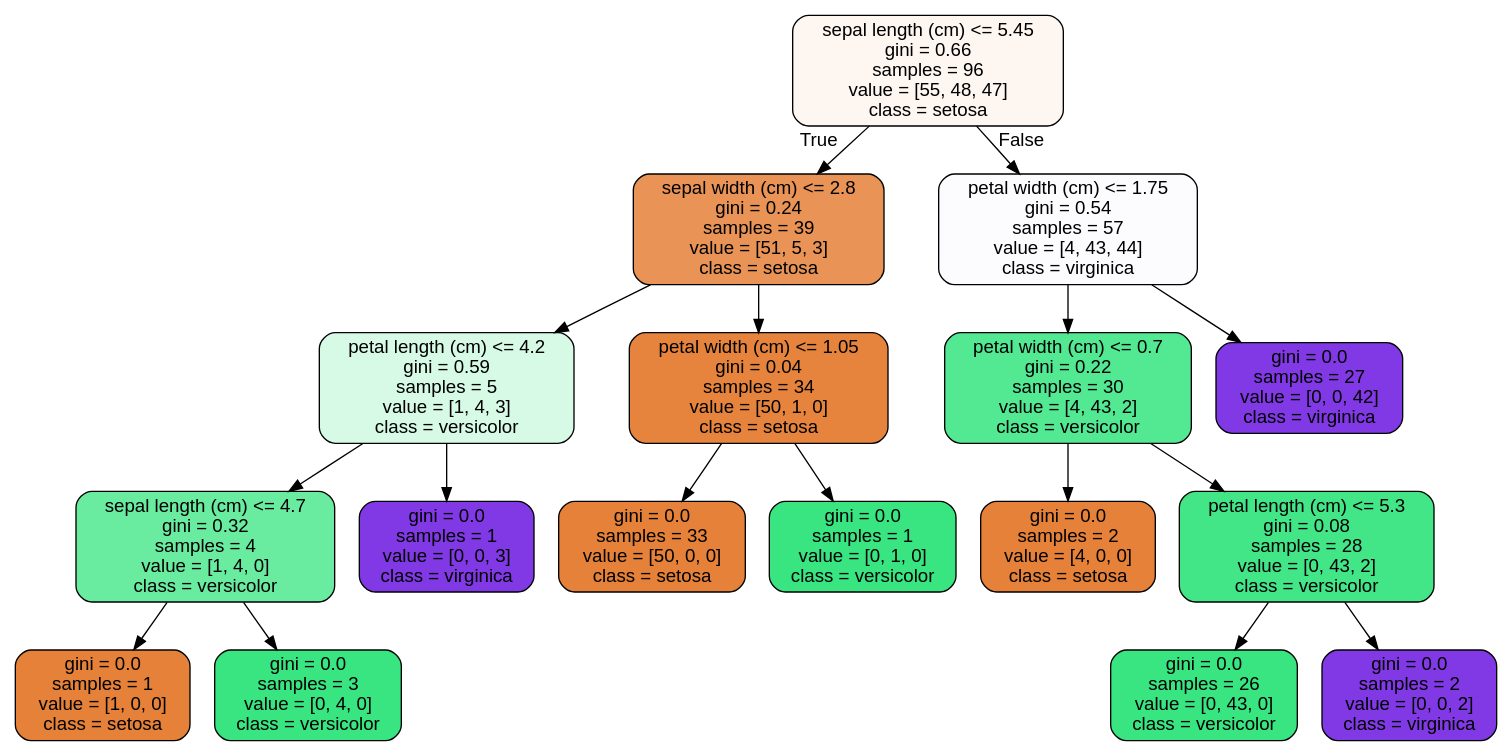
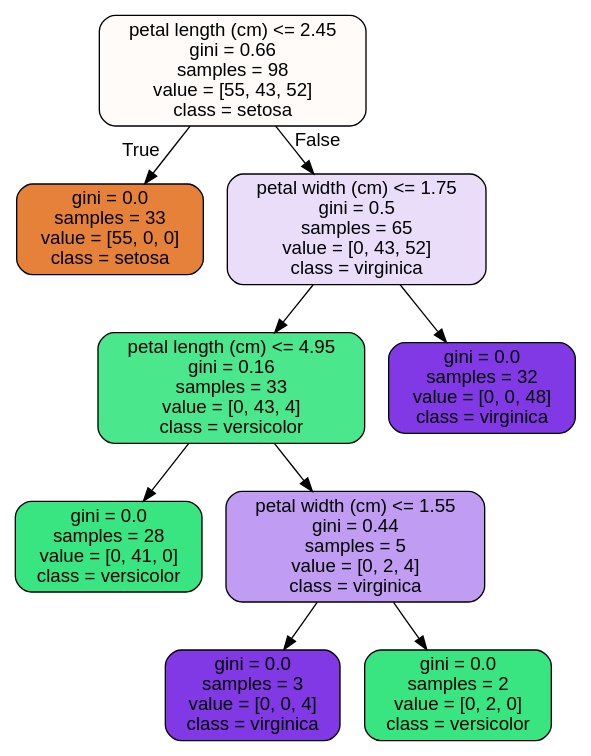
Before and after one commit to clahonta/SB_other_assignments: the diagram in Covid/RandomForest Covid Case Study_06302020/tree.dot, drawn with Graphviz. The commit also changed 22 other files, not shown here.

```diff
--- a/Covid/RandomForest Covid Case Study_06302020/tree.dot
+++ b/Covid/RandomForest Covid Case Study_06302020/tree.dot
@@ -1,37 +1,21 @@
 digraph Tree {
 node [shape=box, style="filled, rounded", color="black", fontname=helvetica] ;
 edge [fontname=helvetica] ;
-0 [label="sepal length (cm) <= 5.45\ngini = 0.66\nsamples = 96\nvalue = [55, 48, 47]\nclass = setosa", fillcolor="#fdf6f1"] ;
-1 [label="sepal width (cm) <= 2.8\ngini = 0.24\nsamples = 39\nvalue = [51, 5, 3]\nclass = setosa", fillcolor="#e99456"] ;
+0 [label="petal length (cm) <= 2.45\ngini = 0.66\nsamples = 98\nvalue = [55, 43, 52]\nclass = setosa", fillcolor="#fefbf9"] ;
+1 [label="gini = 0.0\nsamples = 33\nvalue = [55, 0, 0]\nclass = setosa", fillcolor="#e58139"] ;
 0 -> 1 [labeldistance=2.5, labelangle=45, headlabel="True"] ;
-2 [label="petal length (cm) <= 4.2\ngini = 0.59\nsamples = 5\nvalue = [1, 4, 3]\nclass = versicolor", fillcolor="#d7fae6"] ;
-1 -> 2 ;
-3 [label="sepal length (cm) <= 4.7\ngini = 0.32\nsamples = 4\nvalue = [1, 4, 0]\nclass = versicolor", fillcolor="#6aeca0"] ;
+2 [label="petal width (cm) <= 1.75\ngini = 0.5\nsamples = 65\nvalue = [0, 43, 52]\nclass = virginica", fillcolor="#e9ddfa"] ;
+0 -> 2 [labeldistance=2.5, labelangle=-45, headlabel="False"] ;
+3 [label="petal length (cm) <= 4.95\ngini = 0.16\nsamples = 33\nvalue = [0, 43, 4]\nclass = versicolor", fillcolor="#4be78d"] ;
 2 -> 3 ;
-4 [label="gini = 0.0\nsamples = 1\nvalue = [1, 0, 0]\nclass = setosa", fillcolor="#e58139"] ;
+4 [label="gini = 0.0\nsamples = 28\nvalue = [0, 41, 0]\nclass = versicolor", fillcolor="#39e581"] ;
 3 -> 4 ;
-5 [label="gini = 0.0\nsamples = 3\nvalue = [0, 4, 0]\nclass = versicolor", fillcolor="#39e581"] ;
+5 [label="petal width (cm) <= 1.55\ngini = 0.44\nsamples = 5\nvalue = [0, 2, 4]\nclass = virginica", fillcolor="#c09cf2"] ;
 3 -> 5 ;
-6 [label="gini = 0.0\nsamples = 1\nvalue = [0, 0, 3]\nclass = virginica", fillcolor="#8139e5"] ;
-2 -> 6 ;
-7 [label="petal width (cm) <= 1.05\ngini = 0.04\nsamples = 34\nvalue = [50, 1, 0]\nclass = setosa", fillcolor="#e6843d"] ;
-1 -> 7 ;
-8 [label="gini = 0.0\nsamples = 33\nvalue = [50, 0, 0]\nclass = setosa", fillcolor="#e58139"] ;
-7 -> 8 ;
-9 [label="gini = 0.0\nsamples = 1\nvalue = [0, 1, 0]\nclass = versicolor", fillcolor="#39e581"] ;
-7 -> 9 ;
-10 [label="petal width (cm) <= 1.75\ngini = 0.54\nsamples = 57\nvalue = [4, 43, 44]\nclass = virginica", fillcolor="#fcfbfe"] ;
-0 -> 10 [labeldistance=2.5, labelangle=-45, headlabel="False"] ;
-11 [label="petal width (cm) <= 0.7\ngini = 0.22\nsamples = 30\nvalue = [4, 43, 2]\nclass = versicolor", fillcolor="#53e892"] ;
-10 -> 11 ;
-12 [label="gini = 0.0\nsamples = 2\nvalue = [4, 0, 0]\nclass = setosa", fillcolor="#e58139"] ;
-11 -> 12 ;
-13 [label="petal length (cm) <= 5.3\ngini = 0.08\nsamples = 28\nvalue = [0, 43, 2]\nclass = versicolor", fillcolor="#42e687"] ;
-11 -> 13 ;
-14 [label="gini = 0.0\nsamples = 26\nvalue = [0, 43, 0]\nclass = versicolor", fillcolor="#39e581"] ;
-13 -> 14 ;
-15 [label="gini = 0.0\nsamples = 2\nvalue = [0, 0, 2]\nclass = virginica", fillcolor="#8139e5"] ;
-13 -> 15 ;
-16 [label="gini = 0.0\nsamples = 27\nvalue = [0, 0, 42]\nclass = virginica", fillcolor="#8139e5"] ;
-10 -> 16 ;
+6 [label="gini = 0.0\nsamples = 3\nvalue = [0, 0, 4]\nclass = virginica", fillcolor="#8139e5"] ;
+5 -> 6 ;
+7 [label="gini = 0.0\nsamples = 2\nvalue = [0, 2, 0]\nclass = versicolor", fillcolor="#39e581"] ;
+5 -> 7 ;
+8 [label="gini = 0.0\nsamples = 32\nvalue = [0, 0, 48]\nclass = virginica", fillcolor="#8139e5"] ;
+2 -> 8 ;
 }
```
